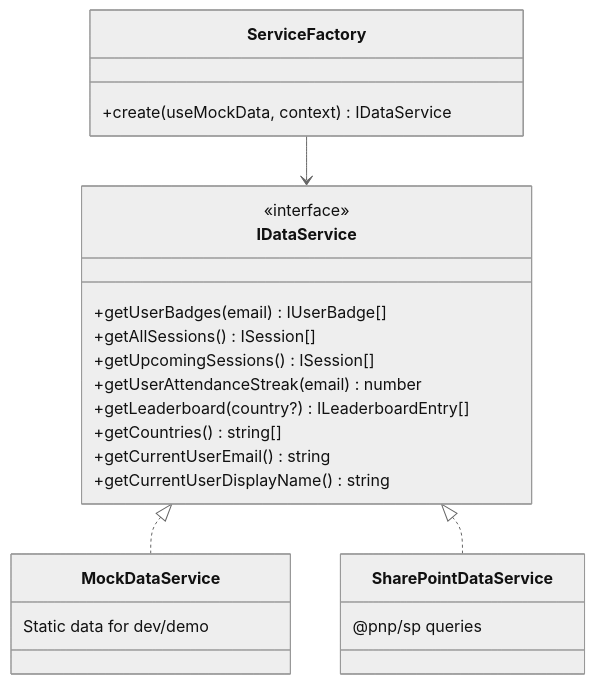
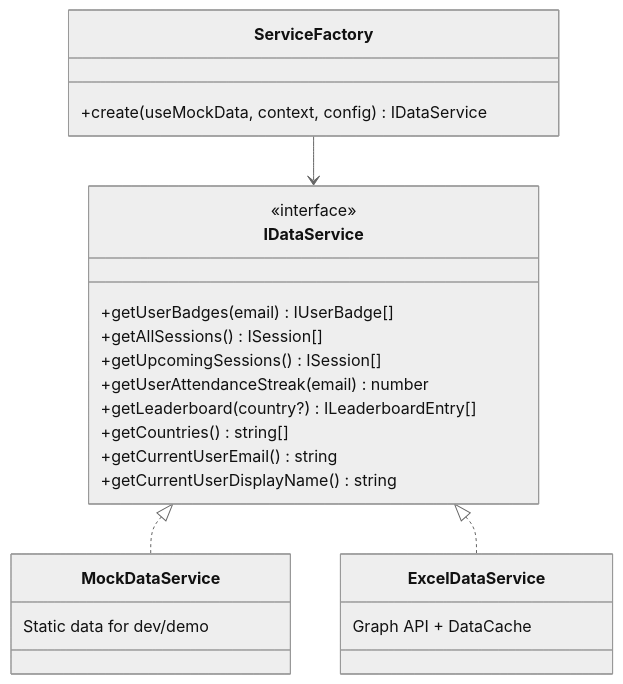
One commit to aidantrabs/quicksparks changed the fourth of 5 diagrams in docs/architecture.md. Above: the diagram before and after it, drawn with Mermaid (neutral theme). The commit also changed other lines of this file and 3 other files, not shown here.

Commit message:
docs: update all documentation to reflect excel-based data architecture

````diff
--- a/docs/architecture.md
+++ b/docs/architecture.md
@@ -64,30 +72,30 @@
 ```mermaid
 classDiagram
     class IDataService {
         <<interface>>
         +getUserBadges(email) IUserBadge[]
         +getAllSessions() ISession[]
         +getUpcomingSessions() ISession[]
         +getUserAttendanceStreak(email) number
         +getLeaderboard(country?) ILeaderboardEntry[]
         +getCountries() string[]
         +getCurrentUserEmail() string
         +getCurrentUserDisplayName() string
     }
 
     class MockDataService {
         Static data for dev/demo
     }
 
-    class SharePointDataService {
-        @pnp/sp queries
+    class ExcelDataService {
+        Graph API + DataCache
     }
 
     class ServiceFactory {
-        +create(useMockData, context) IDataService
+        +create(useMockData, context, config) IDataService
     }
 
     IDataService <|.. MockDataService
-    IDataService <|.. SharePointDataService
+    IDataService <|.. ExcelDataService
     ServiceFactory --> IDataService
 ```
````
